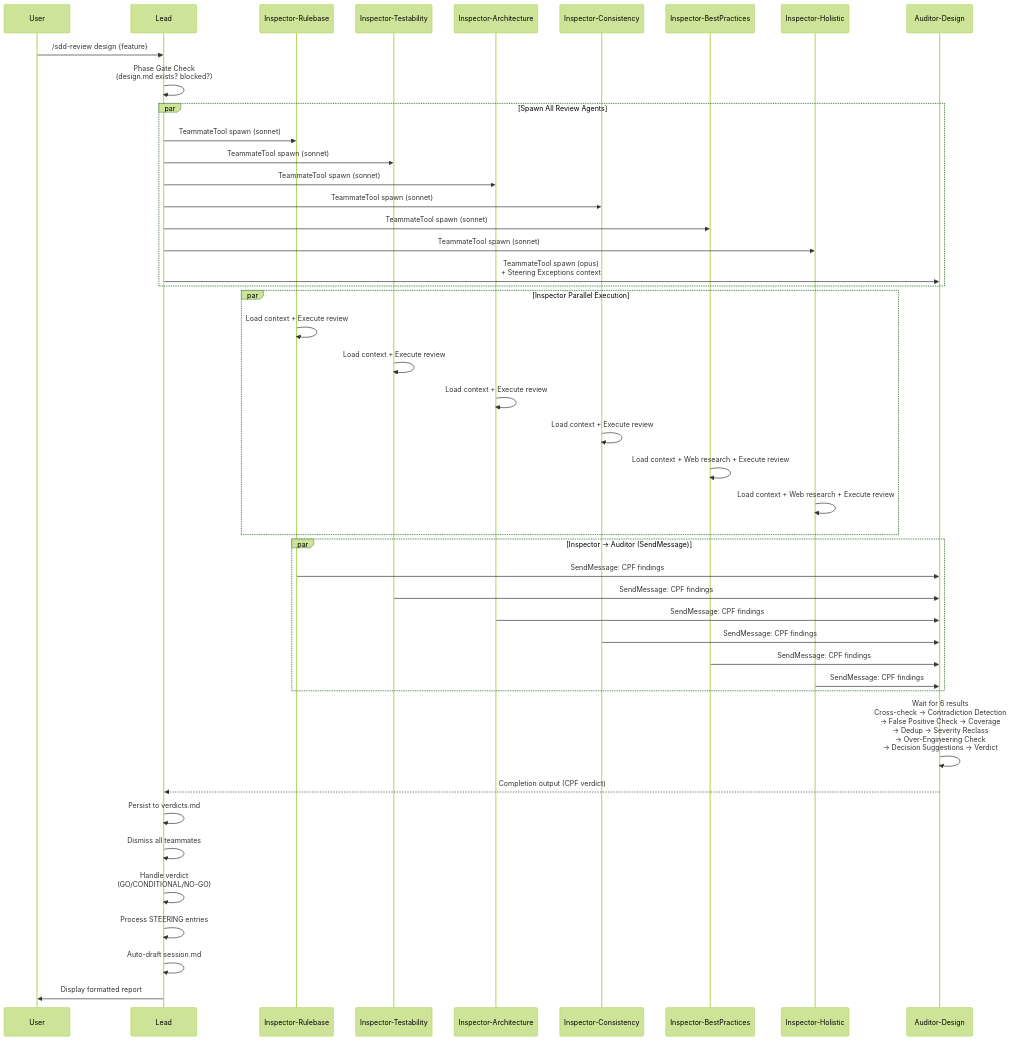
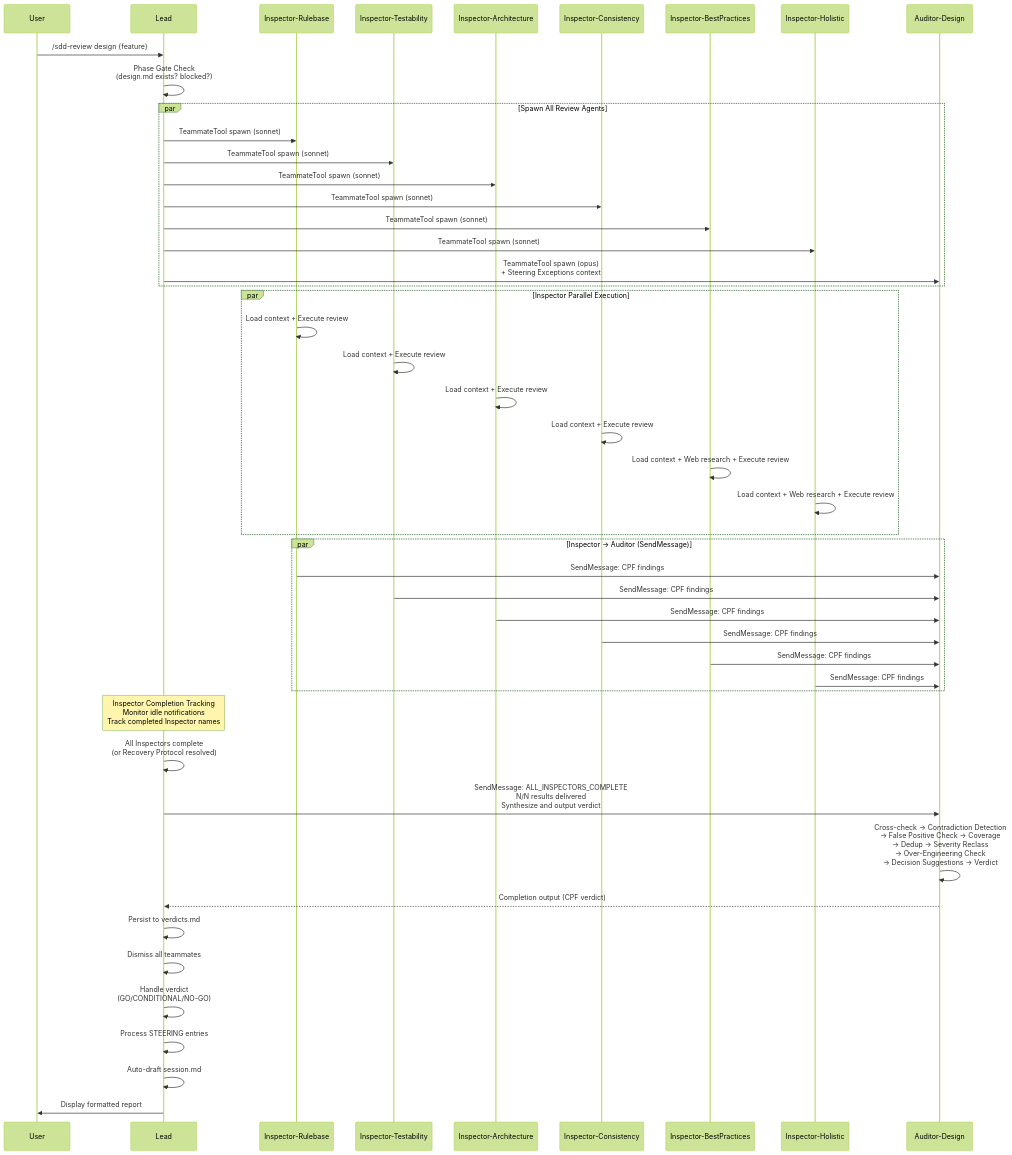
One commit to sync-dev-org/sync-sdd changed the first of 3 diagrams in .claude/sdd/project/specs/design-review/design.md. Above: the diagram before and after it, drawn with Mermaid (forest theme). The commit also changed other lines of this file and 15 other files, not shown here.

Commit message:
Design cross-check review + Inspector Completion Trigger + dead-code-review Non-Goals clarification (v0.17.2)

````diff
--- a/.claude/sdd/project/specs/design-review/design.md
+++ b/.claude/sdd/project/specs/design-review/design.md
@@ -248,54 +259,59 @@
 ```mermaid
 sequenceDiagram
     participant U as User
     participant L as Lead
     participant IR as Inspector-Rulebase
     participant IT as Inspector-Testability
     participant IA as Inspector-Architecture
     participant IC as Inspector-Consistency
     participant IB as Inspector-BestPractices
     participant IH as Inspector-Holistic
     participant A as Auditor-Design
 
     U->>L: /sdd-review design {feature}
     L->>L: Phase Gate Check<br/>(design.md exists? blocked?)
 
     par Spawn All Review Agents
         L->>IR: TeammateTool spawn (sonnet)
         L->>IT: TeammateTool spawn (sonnet)
         L->>IA: TeammateTool spawn (sonnet)
         L->>IC: TeammateTool spawn (sonnet)
         L->>IB: TeammateTool spawn (sonnet)
         L->>IH: TeammateTool spawn (sonnet)
         L->>A: TeammateTool spawn (opus)<br/>+ Steering Exceptions context
     end
 
     par Inspector Parallel Execution
         IR->>IR: Load context + Execute review
         IT->>IT: Load context + Execute review
         IA->>IA: Load context + Execute review
         IC->>IC: Load context + Execute review
         IB->>IB: Load context + Web research + Execute review
         IH->>IH: Load context + Web research + Execute review
     end
 
     par Inspector → Auditor (SendMessage)
         IR->>A: SendMessage: CPF findings
         IT->>A: SendMessage: CPF findings
         IA->>A: SendMessage: CPF findings
         IC->>A: SendMessage: CPF findings
         IB->>A: SendMessage: CPF findings
         IH->>A: SendMessage: CPF findings
     end
 
-    A->>A: Wait for 6 results<br/>Cross-check → Contradiction Detection<br/>→ False Positive Check → Coverage<br/>→ Dedup → Severity Reclass<br/>→ Over-Engineering Check<br/>→ Decision Suggestions → Verdict
+    Note over L: Inspector Completion Tracking<br/>Monitor idle notifications<br/>Track completed Inspector names
+
+    L->>L: All Inspectors complete<br/>(or Recovery Protocol resolved)
+    L->>A: SendMessage: ALL_INSPECTORS_COMPLETE<br/>N/N results delivered<br/>Synthesize and output verdict
+
+    A->>A: Cross-check → Contradiction Detection<br/>→ False Positive Check → Coverage<br/>→ Dedup → Severity Reclass<br/>→ Over-Engineering Check<br/>→ Decision Suggestions → Verdict
 
     A-->>L: Completion output (CPF verdict)
 
     L->>L: Persist to verdicts.md
     L->>L: Dismiss all teammates
     L->>L: Handle verdict<br/>(GO/CONDITIONAL/NO-GO)
     L->>L: Process STEERING entries
     L->>L: Auto-draft session.md
     L->>U: Display formatted report
 ```
````
